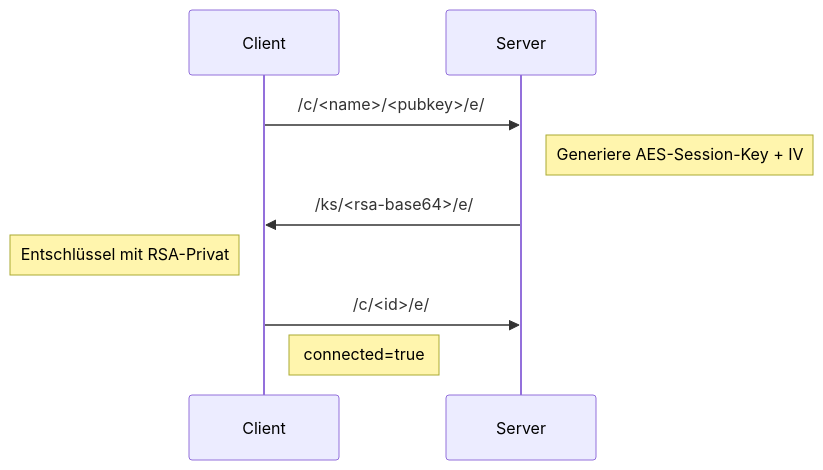
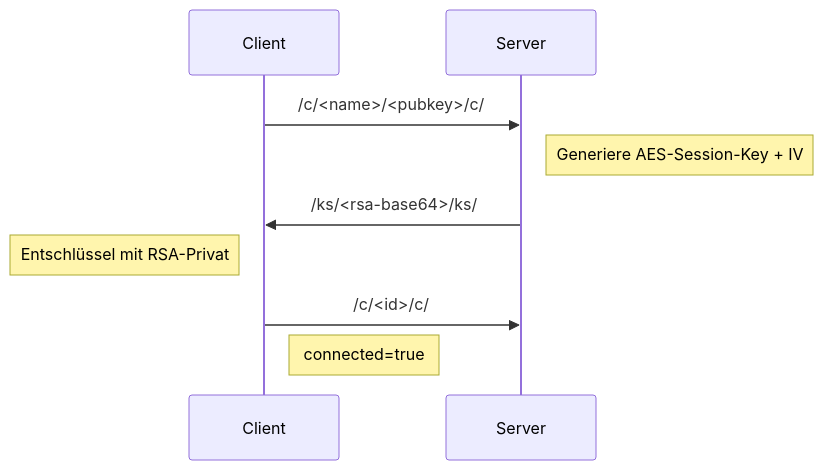
One commit to Nivisan-Jeyananthan/Rain changed the diagram in Rain.Network/ReadMe.md. Above: the diagram before and after it, drawn with Mermaid. The commit also changed other lines of this file, not shown here.

````diff
--- a/Rain.Network/ReadMe.md
+++ b/Rain.Network/ReadMe.md
@@ -35,11 +35,11 @@
 ```mermaid
 sequenceDiagram
     participant C as Client
     participant S as Server
-    C->>S: /c/<name>/<pubkey>/e/
+    C->>S: /c/<name>/<pubkey>/c/
     Note right of S: Generiere AES-Session-Key + IV
-    S->>C: /ks/<rsa-base64>/e/
+    S->>C: /ks/<rsa-base64>/ks/
     Note left of C: Entschlüssel mit RSA-Privat
-    C->>S: /c/<id>/e/
+    C->>S: /c/<id>/c/
     Note right of C: connected=true
 ```
````
